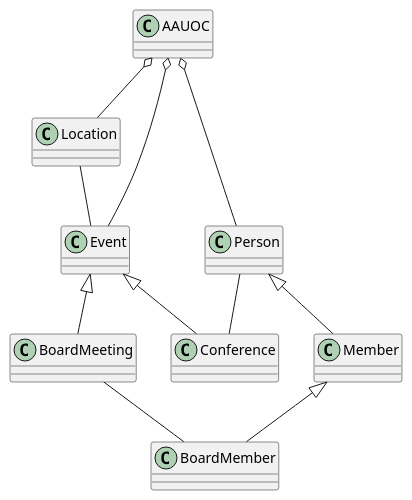
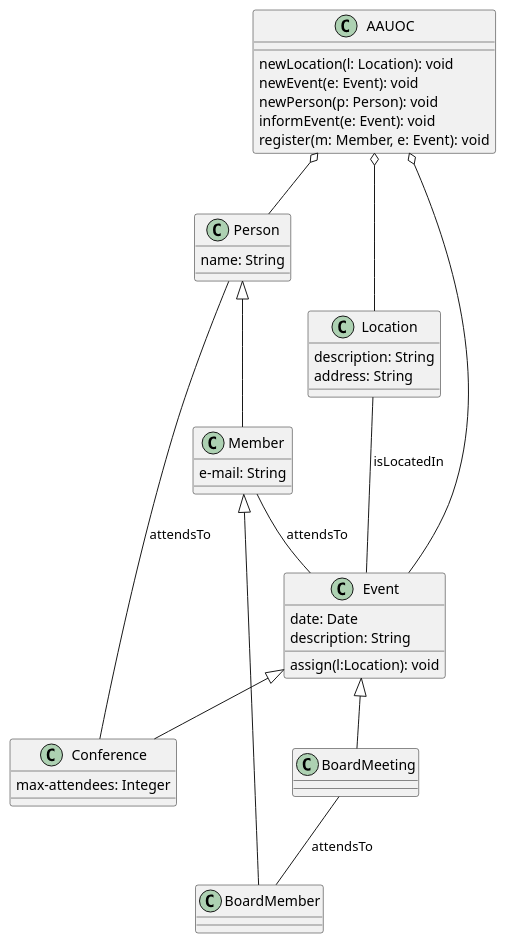
Before and after one commit to Davhemir/UMLClasesDavidHM: the diagram in AntiguosAlumnosUOC.puml, drawn with PlantUML. The commit also changed 1 other file, not shown here.

```diff
--- a/AntiguosAlumnosUOC.puml
+++ b/AntiguosAlumnosUOC.puml
@@ -1,28 +1,47 @@
 @startuml
 class AAUOC{
+    newLocation(l: Location): void
+    newEvent(e: Event): void
+    newPerson(p: Person): void
+    informEvent(e: Event): void
+    register(m: Member, e: Event): void
 }
 class Location{
+    description: String
+    address: String
 }
 class Person{
+    name: String
 }
-class Event{}
-class Conference{}
+class Member{
+    e-mail: String
+}
+class BoardMember{}
+class Event{
+    date: Date
+    description: String
+    assign(l:Location): void
+}
+class Conference{
+    max-attendees: Integer
+}
 class BoardMeeting{}
-class Member{}
-class BoardMember{}
+
 
 AAUOC o-- Location
 AAUOC o-- Event
 AAUOC o-- Person
 
 Event <|-- Conference
 Event <|-- BoardMeeting
 
 Person <|-- Member
 Member <|-- BoardMember
 
-Location --Event
-Person -- Conference
-BoardMeeting -- BoardMember
+Member --Event : attendsTo
+Location --Event : isLocatedIn
+Person -- Conference: attendsTo
+BoardMeeting -- BoardMember : attendsTo
+
 
 @enduml
```
